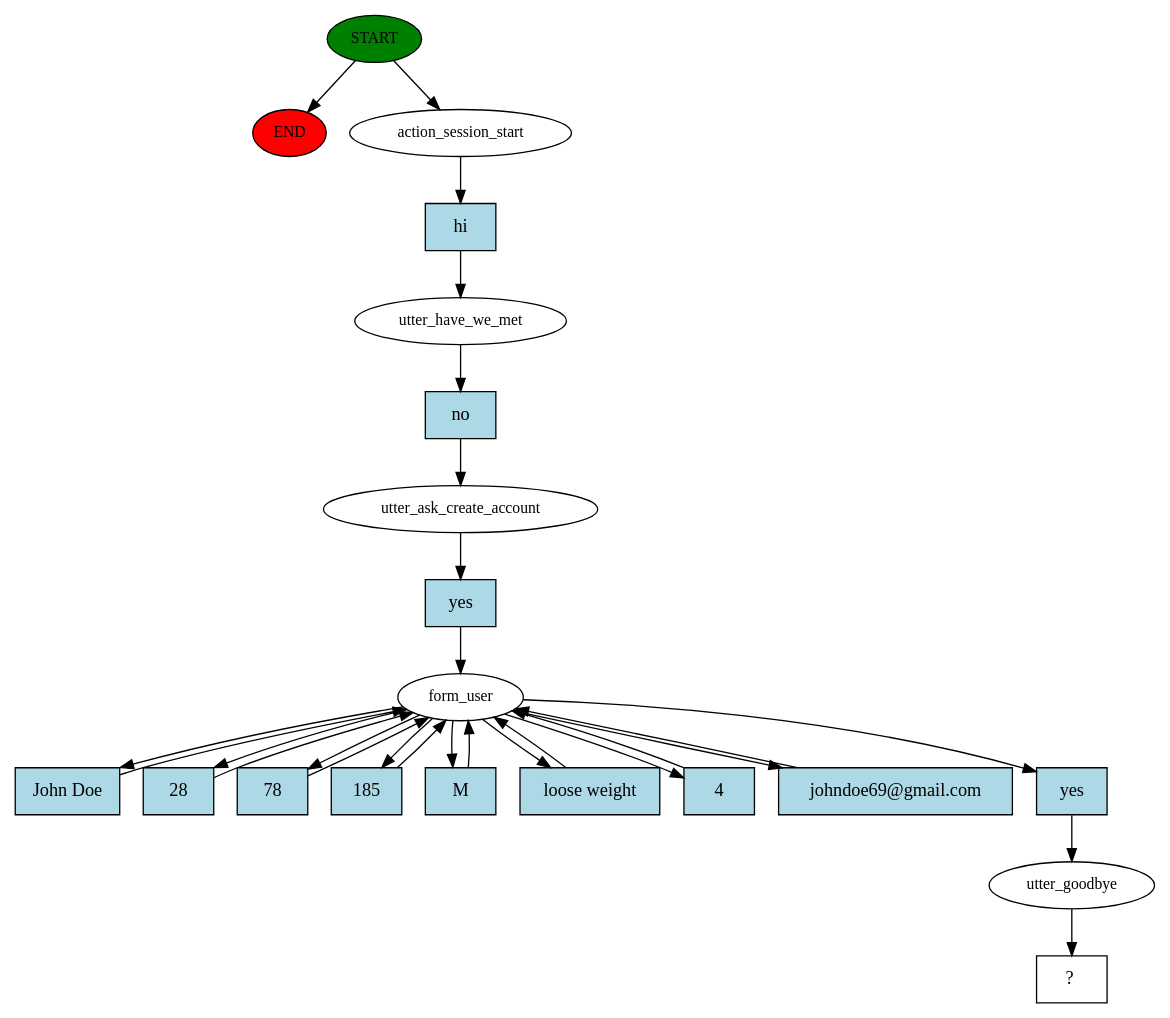
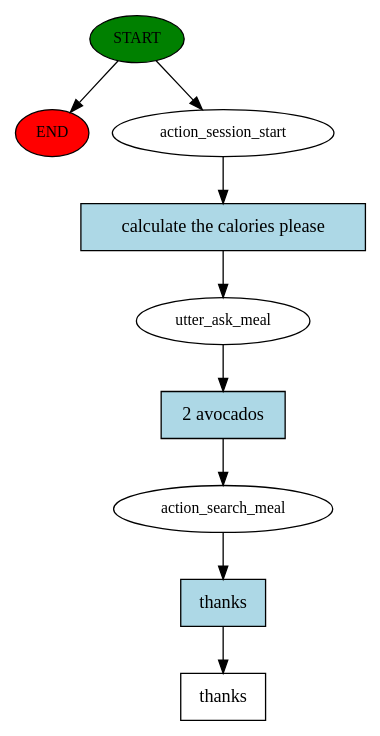
One commit to ovidiunegru/chatbot changed the diagram in story_graph.dot. Above: the diagram before and after it, drawn with Graphviz. The commit also changed 25 other files, not shown here.

```diff
--- a/story_graph.dot
+++ b/story_graph.dot
@@ -1,49 +1,19 @@
 digraph  {
 0 [class="start active", fillcolor=green, fontsize=12, label=START, style=filled];
 "-1" [class=end, fillcolor=red, fontsize=12, label=END, style=filled];
 1 [class=active, fontsize=12, label=action_session_start];
-2 [class=active, fontsize=12, label=utter_have_we_met];
-3 [class=active, fontsize=12, label=utter_ask_create_account];
-4 [class=active, fontsize=12, label=form_user];
-13 [class=active, fontsize=12, label=utter_goodbye];
-14 [class="intent dashed active", label="  ?  ", shape=rect];
-15 [class="intent active", fillcolor=lightblue, label=hi, shape=rect, style=filled];
-16 [class="intent active", fillcolor=lightblue, label=no, shape=rect, style=filled];
-17 [class="intent active", fillcolor=lightblue, label=yes, shape=rect, style=filled];
-18 [class="intent active", fillcolor=lightblue, label="John Doe", shape=rect, style=filled];
-19 [class="intent active", fillcolor=lightblue, label=28, shape=rect, style=filled];
-20 [class="intent active", fillcolor=lightblue, label=78, shape=rect, style=filled];
-21 [class="intent active", fillcolor=lightblue, label=185, shape=rect, style=filled];
-22 [class="intent active", fillcolor=lightblue, label=M, shape=rect, style=filled];
-23 [class="intent active", fillcolor=lightblue, label="loose weight", shape=rect, style=filled];
-24 [class="intent active", fillcolor=lightblue, label=4, shape=rect, style=filled];
-25 [class="intent active", fillcolor=lightblue, label="johndoe69@gmail.com", shape=rect, style=filled];
-26 [class="intent active", fillcolor=lightblue, label=yes, shape=rect, style=filled];
+2 [class=active, fontsize=12, label=utter_ask_meal];
+3 [class=active, fontsize=12, label=action_search_meal];
+4 [class="intent dashed active", label=thanks, shape=rect];
+5 [class="intent active", fillcolor=lightblue, label="calculate the calories please", shape=rect, style=filled];
+6 [class="intent active", fillcolor=lightblue, label="2 avocados", shape=rect, style=filled];
+7 [class="intent active", fillcolor=lightblue, label=thanks, shape=rect, style=filled];
 0 -> "-1"  [class="", key=NONE, label=""];
 0 -> 1  [class=active, key=NONE, label=""];
-1 -> 15  [class=active, key=0];
-2 -> 16  [class=active, key=0];
-3 -> 17  [class=active, key=0];
-4 -> 18  [class=active, key=0];
-4 -> 19  [class=active, key=0];
-4 -> 20  [class=active, key=0];
-4 -> 21  [class=active, key=0];
-4 -> 22  [class=active, key=0];
-4 -> 23  [class=active, key=0];
-4 -> 24  [class=active, key=0];
-4 -> 25  [class=active, key=0];
-4 -> 26  [class=active, key=0];
-13 -> 14  [class=active, key=NONE, label=""];
-15 -> 2  [class=active, key=0];
-16 -> 3  [class=active, key=0];
-17 -> 4  [class=active, key=0];
-18 -> 4  [class=active, key=0];
-19 -> 4  [class=active, key=0];
-20 -> 4  [class=active, key=0];
-21 -> 4  [class=active, key=0];
-22 -> 4  [class=active, key=0];
-23 -> 4  [class=active, key=0];
-24 -> 4  [class=active, key=0];
-25 -> 4  [class=active, key=0];
-26 -> 13  [class=active, key=0];
+1 -> 5  [class=active, key=0];
+2 -> 6  [class=active, key=0];
+3 -> 7  [class=active, key=0];
+5 -> 2  [class=active, key=0];
+6 -> 3  [class=active, key=0];
+7 -> 4  [class=active, key=0];
 }
```
